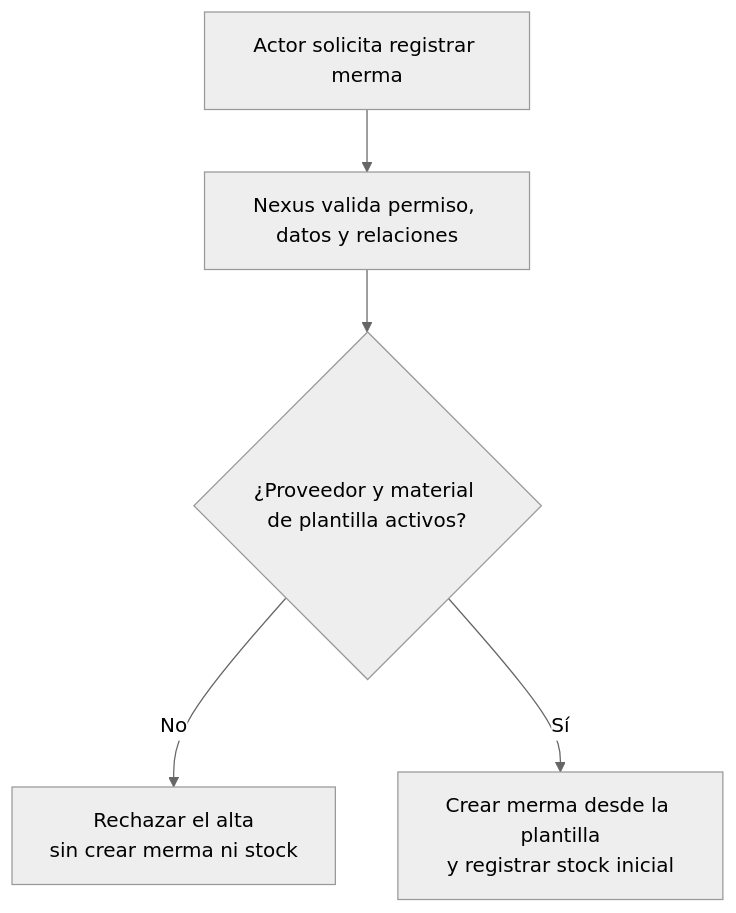
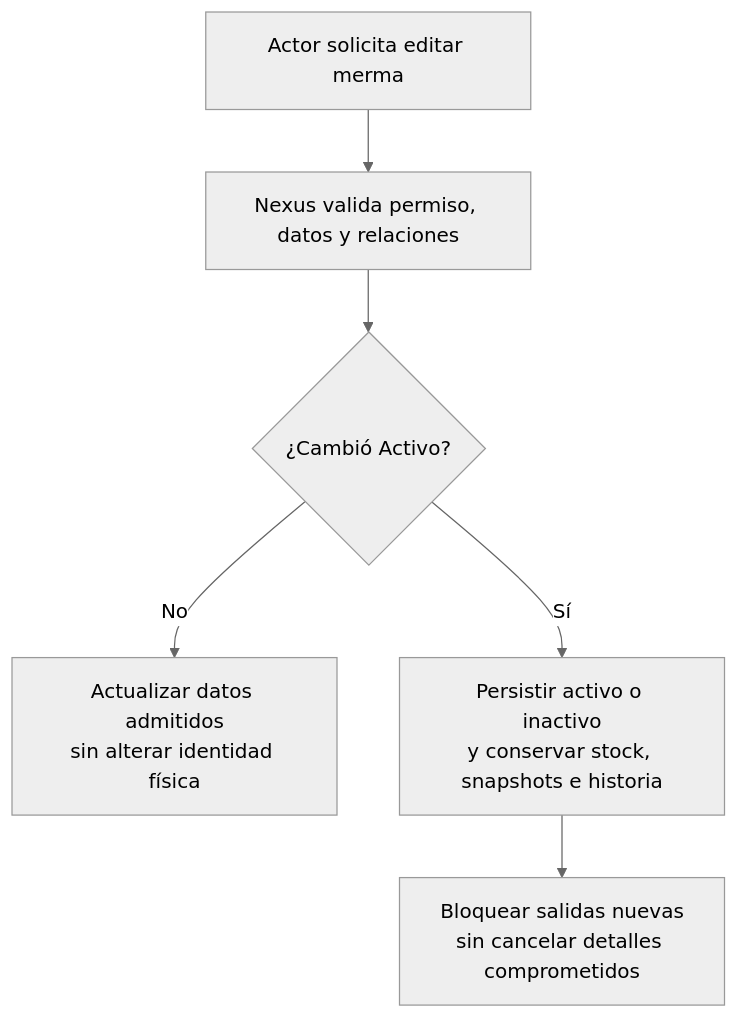
One commit to gpgsistemas01/nexus changed the diagram in docs/requirements/diagrams/catalogs/cu-cat-20.md. Above: the diagram before and after it, drawn with Mermaid (neutral theme). The commit also changed other lines of this file and 207 other files, not shown here.

````diff
--- a/docs/requirements/diagrams/catalogs/cu-cat-20.md
+++ b/docs/requirements/diagrams/catalogs/cu-cat-20.md
@@ -3,7 +3,8 @@
 ```mermaid
 flowchart TD
-    request["Actor solicita registrar merma"] --> validate["Nexus valida permiso, datos y relaciones"]
-    validate --> active{"¿Proveedor y material de plantilla activos?"}
-    active -->|No| reject["Rechazar el alta<br/>sin crear merma ni stock"]
-    active -->|Sí| result["Crear merma desde la plantilla<br/>y registrar stock inicial"]
+    request["Actor solicita editar merma"] --> validate["Nexus valida permiso, datos y relaciones"]
+    validate --> active{"¿Cambió Activo?"}
+    active -->|No| result["Actualizar datos admitidos<br/>sin alterar identidad física"]
+    active -->|Sí| preserve["Persistir activo o inactivo<br/>y conservar stock, snapshots e historia"]
+    preserve --> boundary["Bloquear salidas nuevas<br/>sin cancelar detalles comprometidos"]
 ```
````
